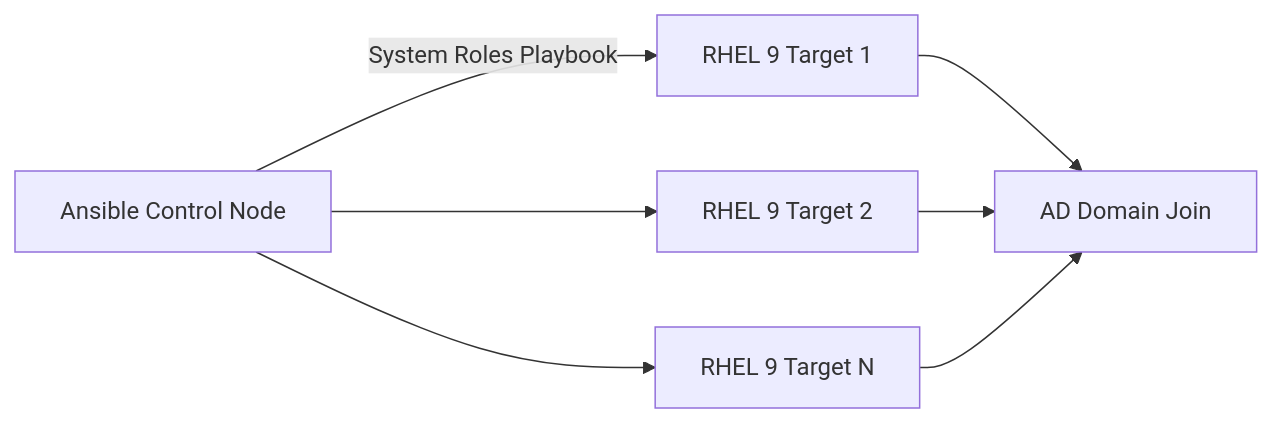
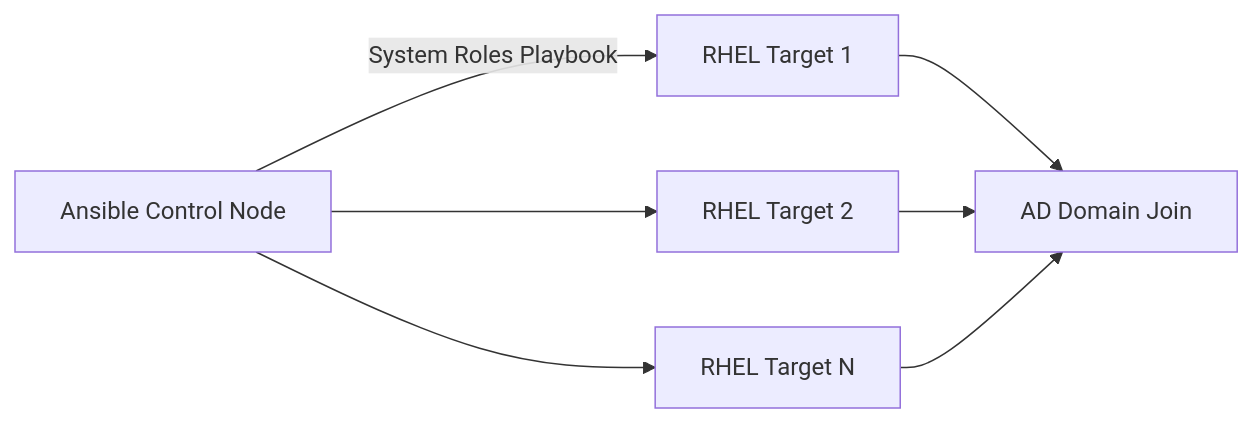
Before and after one commit to OneUptime/blog: the diagram in posts/2026-03-04-automate-ad-integration-rhel-system-roles/README.md, drawn with Mermaid. The commit also changed other lines of this file and 4866 other files, not shown here.

````diff
--- a/posts/2026-03-04-automate-ad-integration-rhel-system-roles/README.md
+++ b/posts/2026-03-04-automate-ad-integration-rhel-system-roles/README.md
@@ -17,9 +17,9 @@
 ```mermaid
 flowchart LR
-    A[Ansible Control Node] -->|System Roles Playbook| B[RHEL 9 Target 1]
-    A --> C[RHEL 9 Target 2]
-    A --> D[RHEL 9 Target N]
+    A[Ansible Control Node] -->|System Roles Playbook| B[RHEL Target 1]
+    A --> C[RHEL Target 2]
+    A --> D[RHEL Target N]
     B --> E[AD Domain Join]
     C --> E
     D --> E
 ```
````
